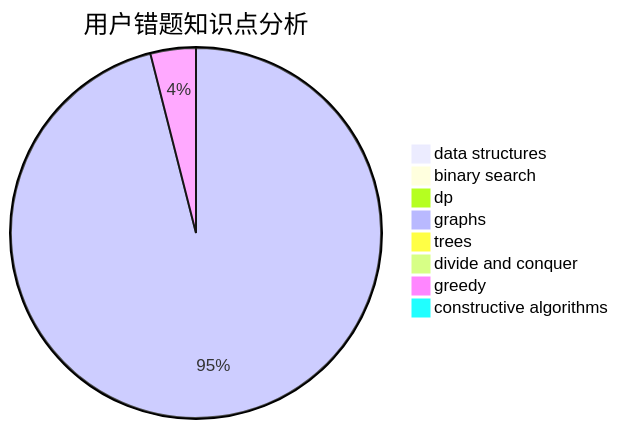
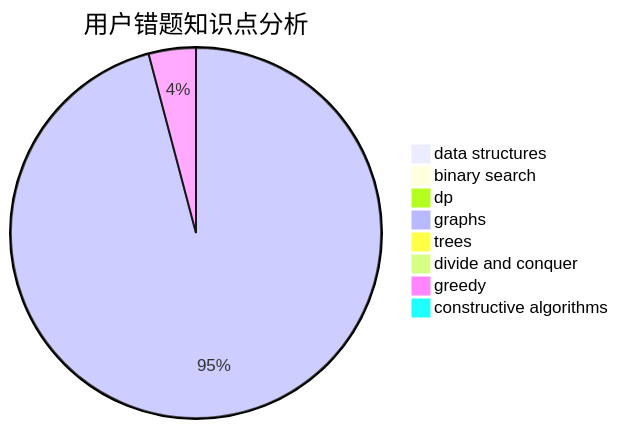
Before and after one commit to sherpahu/cfrs.github.io: the third of 3 diagrams in docs/user/u1758.md, drawn with Mermaid. The commit also changed other lines of this file and 2770 other files, not shown here.

````diff
--- a/docs/user/u1758.md
+++ b/docs/user/u1758.md
@@ -36,11 +36,11 @@
 ```mermaid
 pie title 用户错题知识点分析
-    "data structures" :  2
+    "data structures" :  4
     "binary search" :  0
-    "dp" :  5
+    "dp" :  7
     "graphs" :  1211
     "trees" :  0
     "divide and conquer" :  0
-    "greedy" :  50
+    "greedy" :  52
     "constructive algorithms" :  5
 ```
````
